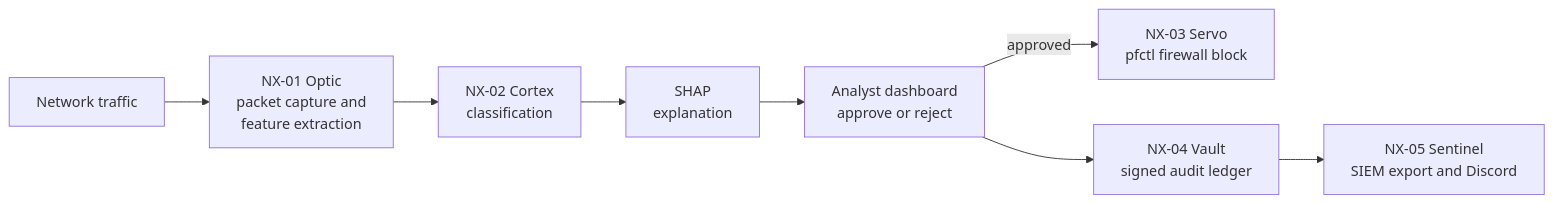
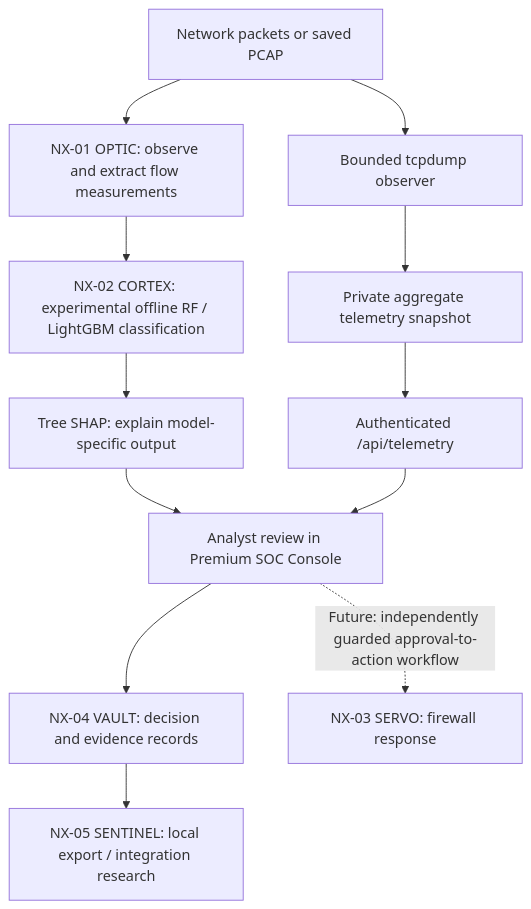
One commit to mariabatool869-star/nova_shield changed the diagram in README.md. Above: the diagram before and after it, drawn with Mermaid. The commit also changed other lines of this file and 40 other files, not shown here.

Commit message:
feat: publish NovaShield SOC console, AI research and flow validation

````diff
--- a/README.md
+++ b/README.md
@@ -38,10 +55,14 @@
 ```mermaid
-flowchart LR
-    A[Network traffic] --> B["NX-01 Optic<br/>packet capture and<br/>feature extraction"]
-    B --> C["NX-02 Cortex<br/>classification"]
-    C --> D["SHAP<br/>explanation"]
-    D --> E["Analyst dashboard<br/>approve or reject"]
-    E -->|approved| F["NX-03 Servo<br/>pfctl firewall block"]
-    E --> G["NX-04 Vault<br/>signed audit ledger"]
-    G --> H["NX-05 Sentinel<br/>SIEM export and Discord"]
+flowchart TD
+    A[Network packets or saved PCAP] --> B[NX-01 OPTIC: observe and extract flow measurements]
+    B --> C[NX-02 CORTEX: experimental offline RF / LightGBM classification]
+    C --> D[Tree SHAP: explain model-specific output]
+    D --> E[Analyst review in Premium SOC Console]
+    E --> F[NX-04 VAULT: decision and evidence records]
+    F --> G[NX-05 SENTINEL: local export / integration research]
+    E -. "Future: independently guarded approval-to-action workflow" .-> H[NX-03 SERVO: firewall response]
+    A --> I[Bounded tcpdump observer]
+    I --> J[Private aggregate telemetry snapshot]
+    J --> K[Authenticated /api/telemetry]
+    K --> E
 ```
````
